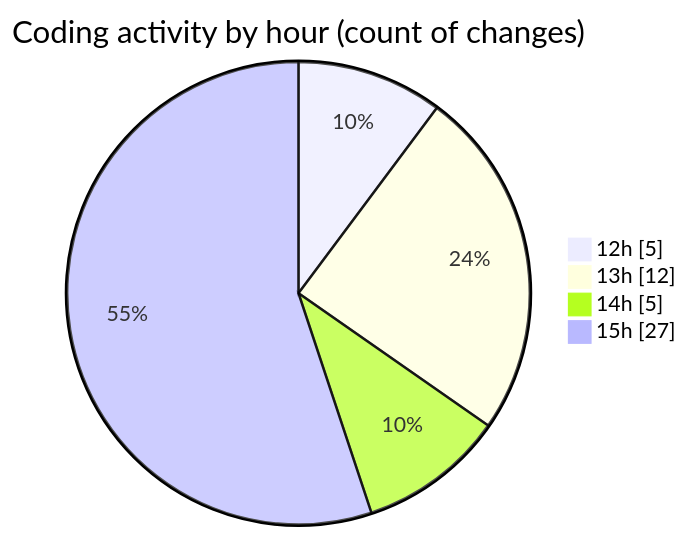
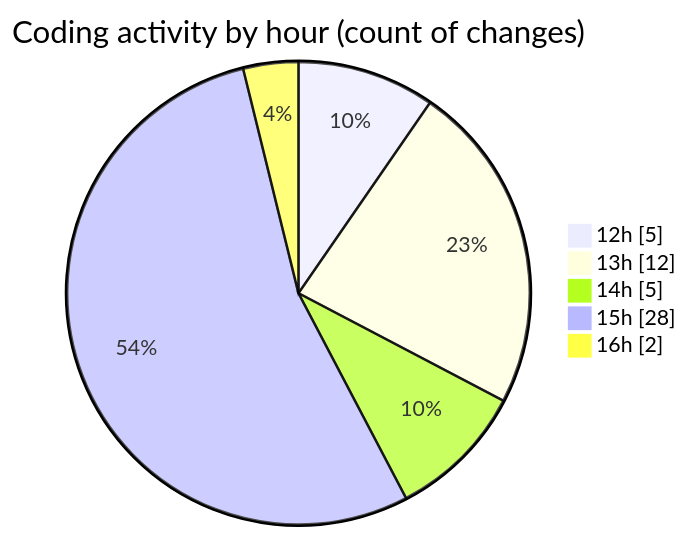
One commit to nxtqubesakshisongat/code-tracking changed the second of 2 diagrams in 2026-04-17/airfeed-analytics-dashboard/README.md. Above: the diagram before and after it, drawn with Mermaid. The commit also changed other lines of this file and 1 other file, not shown here.

````diff
--- a/2026-04-17/airfeed-analytics-dashboard/README.md
+++ b/2026-04-17/airfeed-analytics-dashboard/README.md
@@ -38,8 +38,9 @@
 ```mermaid
 pie showData
 title Coding activity by hour (count of changes)
 "12h" : 5
 "13h" : 12
 "14h" : 5
-"15h" : 27
+"15h" : 28
+"16h" : 2
 ```
````
